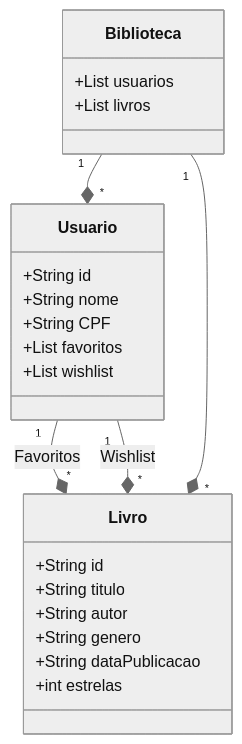
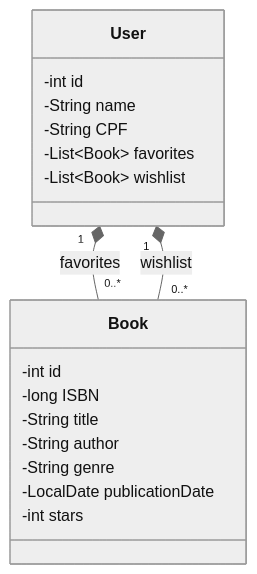
Before and after one commit to cellineb/dio-decola-tech-2025: the diagram in README.md, drawn with Mermaid (neutral theme). The commit also changed other lines of this file, not shown here.

`````diff
--- a/README.md
+++ b/README.md
@@ -4,30 +6,23 @@
 ```mermaid
 classDiagram
-    class Usuario {
-        +String id
-        +String nome
-        +String CPF
-        +List<Livro> favoritos
-        +List<Livro> wishlist
+    class Book {
+        -int id
+        -long ISBN
+        -String title
+        -String author
+        -String genre
+        -LocalDate publicationDate
+        -int stars
     }
-    
-    class Livro {
-        +String id
-        +String titulo
-        +String autor
-        +String genero
-        +String dataPublicacao
-        +int estrelas
+
+    class User {
+        -int id
+        -String name
+        -String CPF
+        -List~Book~ favorites
+        -List~Book~ wishlist
     }
-    
-    Usuario "1" --* "*" Livro : Favoritos
-    Usuario "1" --* "*" Livro : Wishlist
-    
-    class Biblioteca {
-        +List<Usuario> usuarios
-        +List<Livro> livros
-    }
-    
-    Biblioteca "1" --* "*" Usuario
-    Biblioteca "1" --* "*" Livro
+
+    User "1" *-- "0..*" Book : favorites
+    User "1" *-- "0..*" Book : wishlist
 ````
`````
